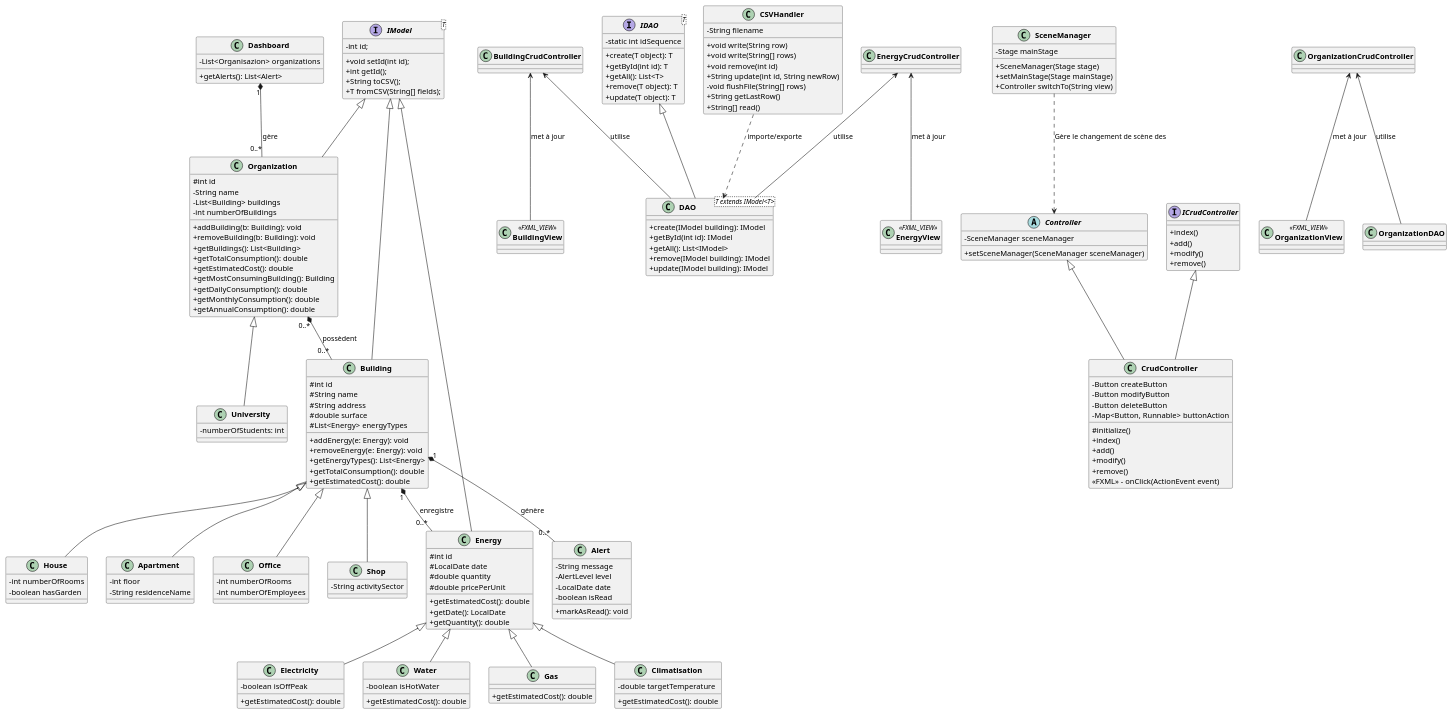
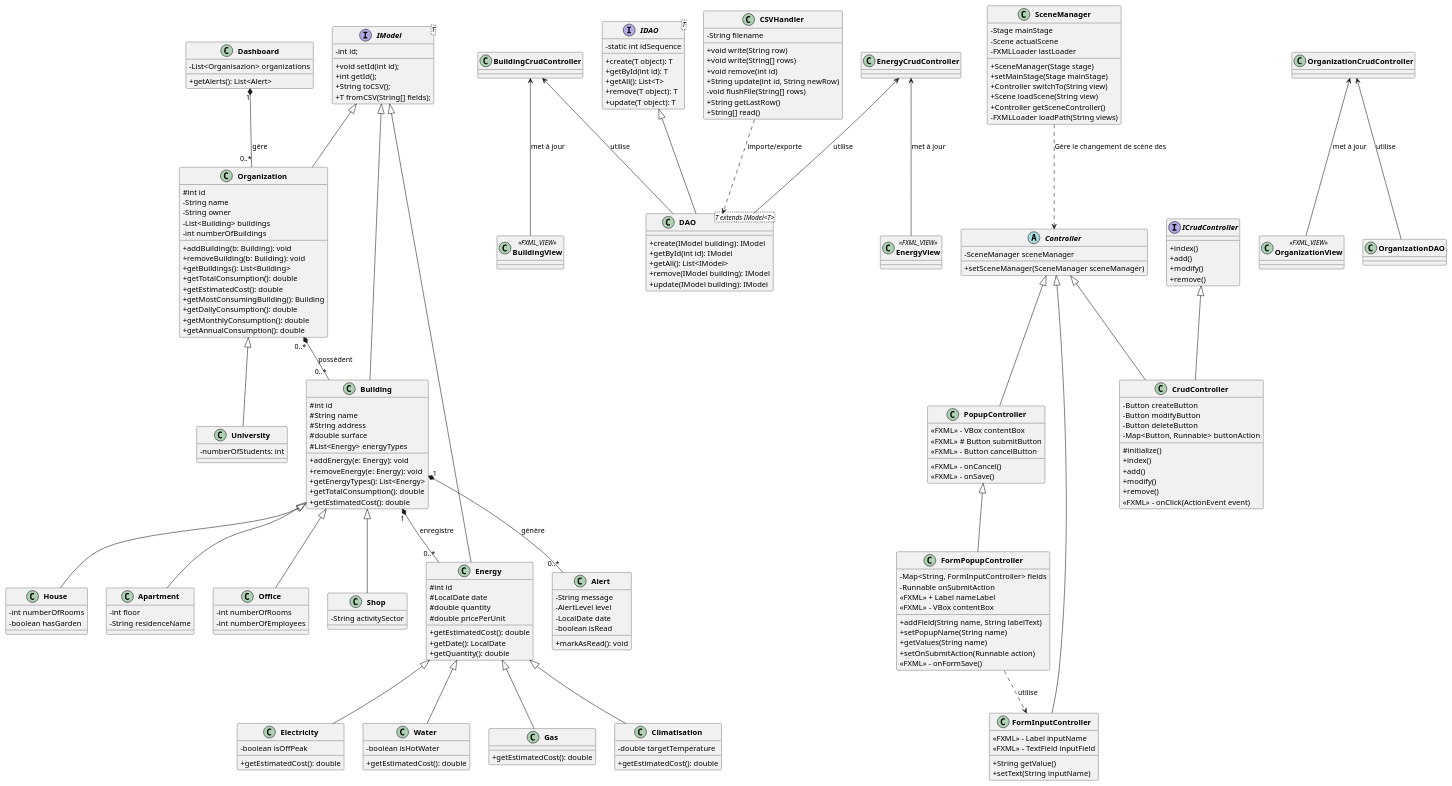
Before and after one commit to Cavernos/EAD: the diagram in docs/UML.puml, drawn with PlantUML. The commit also changed 3 other files, not shown here.

Commit message:
UPDATE UML

```diff
--- a/docs/UML.puml
+++ b/docs/UML.puml
@@ -42,6 +42,7 @@
 class Organization {
     #int id
     - String name
+    - String owner
     - List<Building> buildings
     - int numberOfBuildings
     + addBuilding(b: Building): void
@@ -152,6 +153,8 @@
   + getAlerts(): List<Alert>
 }
 
+
+
 ' ══════════════════════════════
 '     IMPORT / EXPORT / TEST
 ' ══════════════════════════════
@@ -169,9 +172,14 @@
 
 class SceneManager {
     -Stage mainStage
+    - Scene actualScene
+    -FXMLLoader lastLoader
     +SceneManager(Stage stage)
     +setMainStage(Stage mainStage)
     + Controller switchTo(String view)
+   + Scene loadScene(String view)
+   + Controller getSceneController()
+   - FXMLLoader loadPath(String views)
 }
 
 ' ===============================
@@ -207,6 +215,33 @@
 }
 
 class OrganizationCrudController {
+}
+
+' POPUP
+class PopupController {
+    <<FXML>> - VBox contentBox
+    <<FXML>> # Button submitButton
+    <<FXML>> - Button cancelButton
+    <<FXML>> - onCancel()
+    <<FXML>> - onSave()
+}
+class FormPopupController {
+    - Map<String, FormInputController> fields
+    - Runnable onSubmitAction
+    <<FXML>> + Label nameLabel
+    <<FXML>> - VBox contentBox
+    + addField(String name, String labelText)
+    + setPopupName(String name)
+    + getValues(String name)
+    + setOnSubmitAction(Runnable action)
+    <<FXML>> - onFormSave()
+}
+
+class FormInputController {
+    <<FXML>> - Label inputName
+    <<FXML>> - TextField inputField
+    + String getValue()
+    + setText(String inputName)
 }
 
 ' ==============================
@@ -267,4 +302,10 @@
 BuildingCrudController <-- BuildingView: met à jour
 OrganizationCrudController <-- OrganizationDAO: utilise
 OrganizationCrudController <-- OrganizationView: met à jour
+
+' Popup
+Controller <|-- PopupController
+Controller <|-- FormInputController
+PopupController <|-- FormPopupController
+FormPopupController ..> FormInputController: utilise
 @enduml
```
